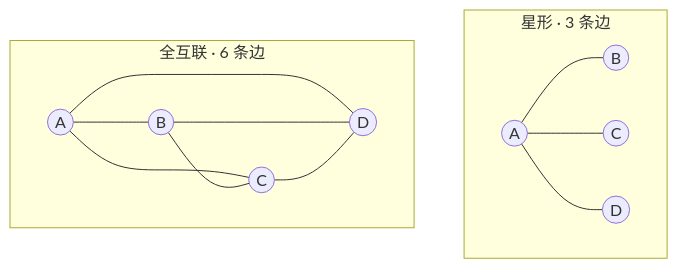
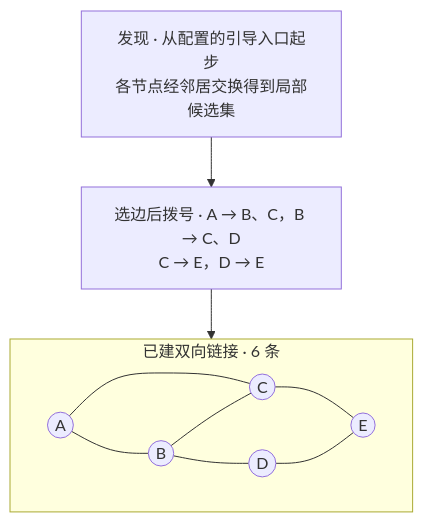
Before and after one commit to arcships/rutis-network: the seventh of 9 diagrams in docs/research/network-groups.md, drawn with Mermaid. The commit also changed other lines of this file and 1 other file, not shown here.

````diff
--- a/docs/research/network-groups.md
+++ b/docs/research/network-groups.md
@@ -86,16 +191,14 @@
 ```mermaid
 flowchart TB
-    subgraph star["星形 · 3 条边"]
-        sa((A)) --- sb((B))
-        sa --- sc((C))
-        sa --- sd((D))
-    end
-    subgraph full["全互联 · 6 条边"]
-        fa((A)) --- fb((B))
-        fa --- fc((C))
-        fa --- fd((D))
-        fb --- fc
-        fb --- fd
-        fc --- fd
+    source["发现 · 从配置的引导入口起步<br/>各节点经邻居交换得到局部候选集"] --> dial["选边后拨号 · A → B、C，B → C、D<br/>C → E，D → E"]
+    dial --> links
+    subgraph links["已建双向链接 · 6 条"]
+        direction LR
+        A((A)) --- B((B))
+        A --- C((C))
+        B --- C
+        B --- D((D))
+        C --- E((E))
+        D --- E
     end
 ```
````
